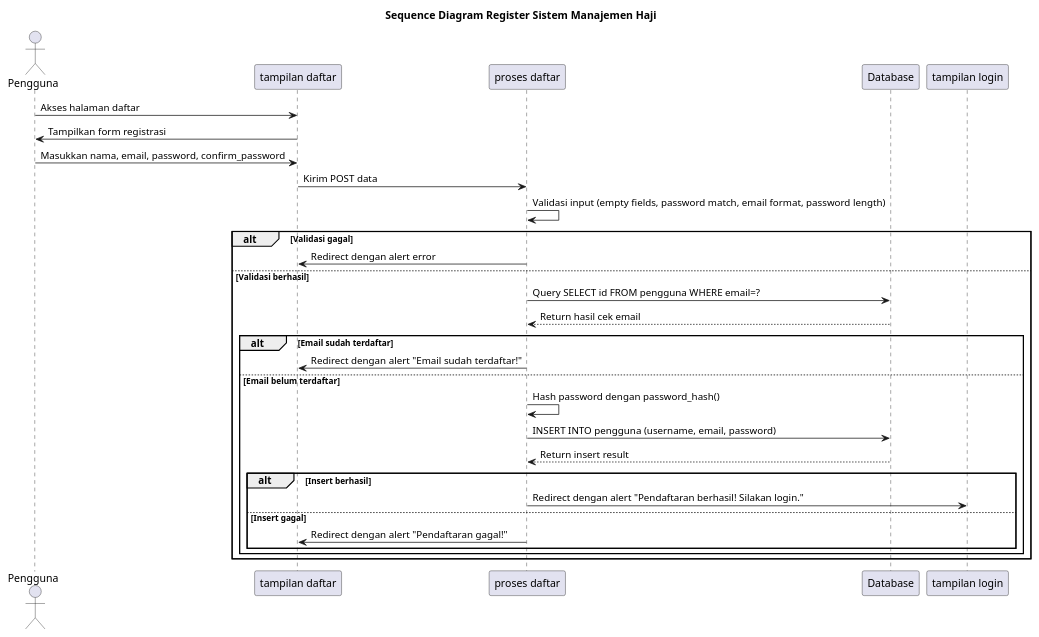
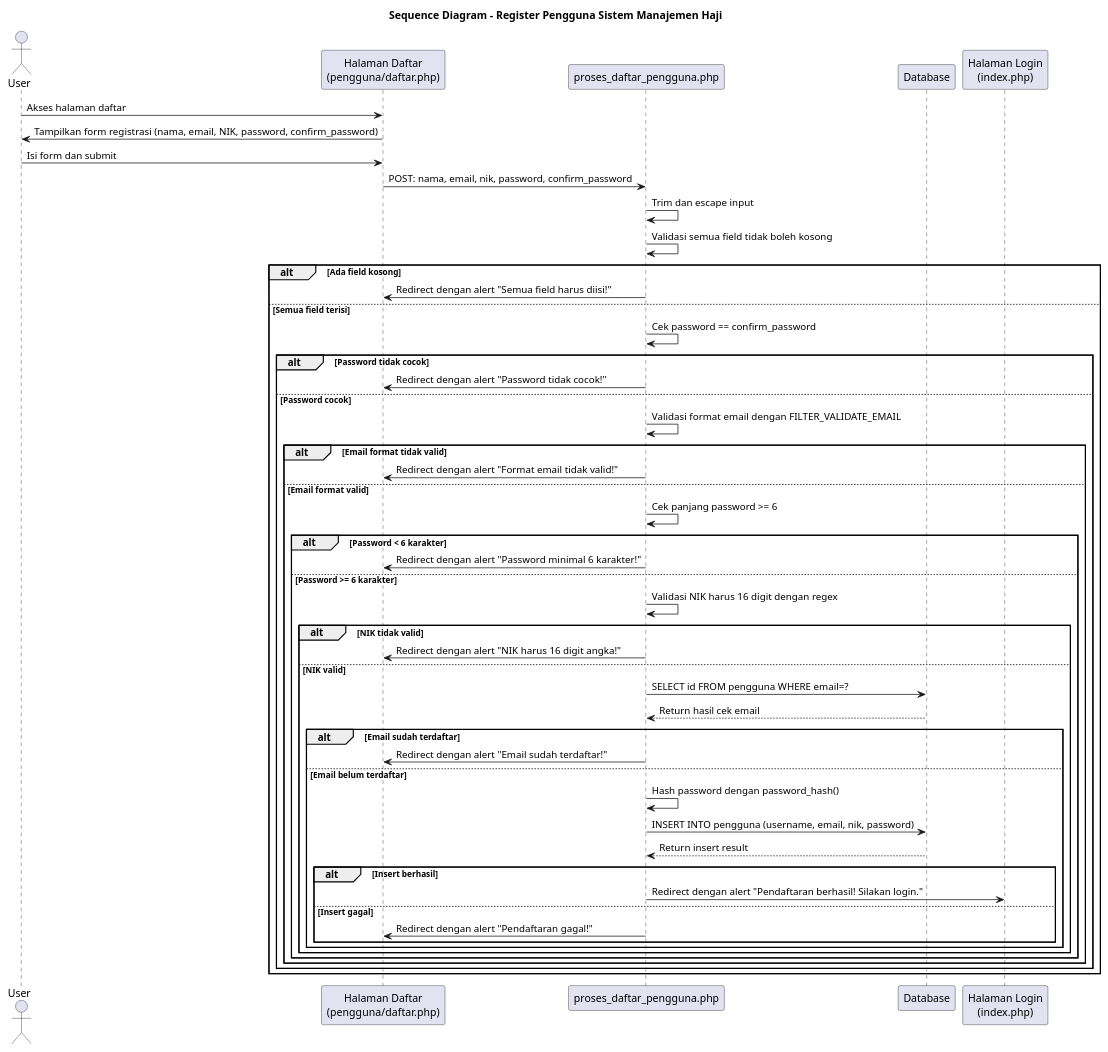
One commit to fauzirahayu/uzicom changed the diagram in komponen/sequence_diagram_register.puml. Above: the diagram before and after it, drawn with PlantUML. The commit also changed 19 other files, not shown here.

```diff
--- a/komponen/sequence_diagram_register.puml
+++ b/komponen/sequence_diagram_register.puml
@@ -1,40 +1,61 @@
 @startuml Sequence Diagram Register
 
-title Sequence Diagram Register Sistem Manajemen Haji
+title Sequence Diagram - Register Pengguna Sistem Manajemen Haji
 
-actor Pengguna as User
-participant "tampilan daftar" as RegisterPage
-participant "proses daftar" as Register
+actor User
+participant "Halaman Daftar\n(pengguna/daftar.php)" as RegisterPage
+participant "proses_daftar_pengguna.php" as RegisterProcess
 participant "Database" as DB
-participant "tampilan login" as LoginPage
+participant "Halaman Login\n(index.php)" as LoginPage
 
 User -> RegisterPage: Akses halaman daftar
-RegisterPage -> User: Tampilkan form registrasi
+RegisterPage -> User: Tampilkan form registrasi (nama, email, NIK, password, confirm_password)
 
-User -> RegisterPage: Masukkan nama, email, password, confirm_password
-RegisterPage -> Register: Kirim POST data
+User -> RegisterPage: Isi form dan submit
+RegisterPage -> RegisterProcess: POST: nama, email, nik, password, confirm_password
 
-Register -> Register: Validasi input (empty fields, password match, email format, password length)
+RegisterProcess -> RegisterProcess: Trim dan escape input
 
-alt Validasi gagal
-    Register -> RegisterPage: Redirect dengan alert error
-else Validasi berhasil
-    Register -> DB: Query SELECT id FROM pengguna WHERE email=?
-    DB --> Register: Return hasil cek email
-
-    alt Email sudah terdaftar
-        Register -> RegisterPage: Redirect dengan alert "Email sudah terdaftar!"
-    else Email belum terdaftar
-        Register -> Register: Hash password dengan password_hash()
-        Register -> DB: INSERT INTO pengguna (username, email, password)
-        DB --> Register: Return insert result
-
-        alt Insert berhasil
-            Register -> LoginPage: Redirect dengan alert "Pendaftaran berhasil! Silakan login."
-        else Insert gagal
-            Register -> RegisterPage: Redirect dengan alert "Pendaftaran gagal!"
+RegisterProcess -> RegisterProcess: Validasi semua field tidak boleh kosong
+alt Ada field kosong
+    RegisterProcess -> RegisterPage: Redirect dengan alert "Semua field harus diisi!"
+else Semua field terisi
+    RegisterProcess -> RegisterProcess: Cek password == confirm_password
+    alt Password tidak cocok
+        RegisterProcess -> RegisterPage: Redirect dengan alert "Password tidak cocok!"
+    else Password cocok
+        RegisterProcess -> RegisterProcess: Validasi format email dengan FILTER_VALIDATE_EMAIL
+        alt Email format tidak valid
+            RegisterProcess -> RegisterPage: Redirect dengan alert "Format email tidak valid!"
+        else Email format valid
+            RegisterProcess -> RegisterProcess: Cek panjang password >= 6
+            alt Password < 6 karakter
+                RegisterProcess -> RegisterPage: Redirect dengan alert "Password minimal 6 karakter!"
+            else Password >= 6 karakter
+                RegisterProcess -> RegisterProcess: Validasi NIK harus 16 digit dengan regex
+                alt NIK tidak valid
+                    RegisterProcess -> RegisterPage: Redirect dengan alert "NIK harus 16 digit angka!"
+                else NIK valid
+                    RegisterProcess -> DB: SELECT id FROM pengguna WHERE email=?
+                    DB --> RegisterProcess: Return hasil cek email
+                    
+                    alt Email sudah terdaftar
+                        RegisterProcess -> RegisterPage: Redirect dengan alert "Email sudah terdaftar!"
+                    else Email belum terdaftar
+                        RegisterProcess -> RegisterProcess: Hash password dengan password_hash()
+                        RegisterProcess -> DB: INSERT INTO pengguna (username, email, nik, password)
+                        DB --> RegisterProcess: Return insert result
+                        
+                        alt Insert berhasil
+                            RegisterProcess -> LoginPage: Redirect dengan alert "Pendaftaran berhasil! Silakan login."
+                        else Insert gagal
+                            RegisterProcess -> RegisterPage: Redirect dengan alert "Pendaftaran gagal!"
+                        end
+                    end
+                end
+            end
         end
     end
 end
 
 @enduml
```
